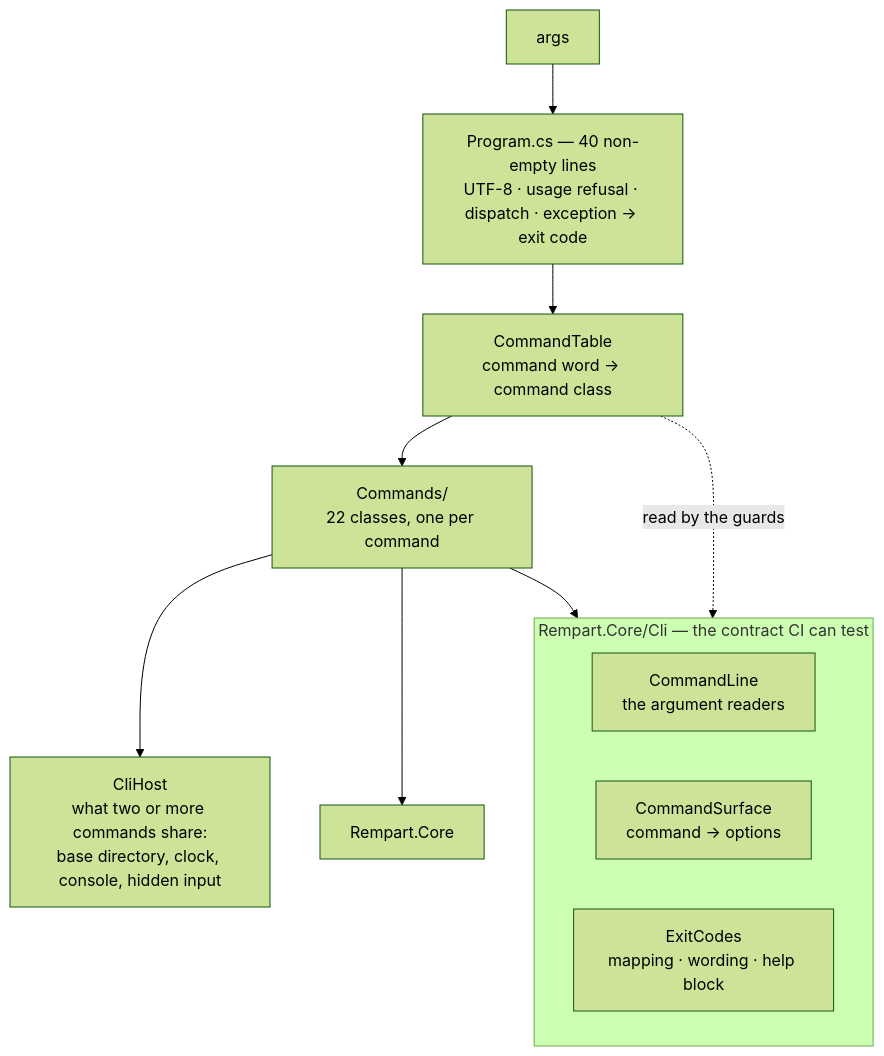
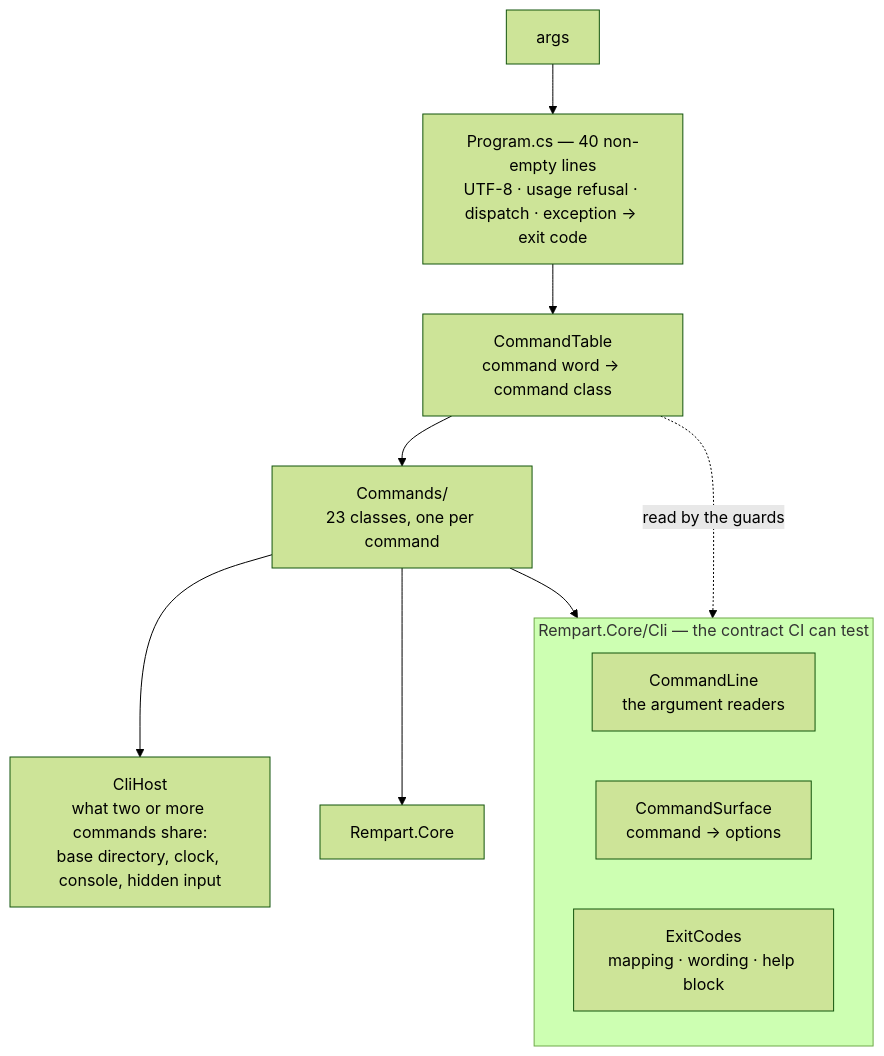
One commit to naoutix/rempart changed the fourth of 4 diagrams in docs/ARCHITECTURE.md. Above: the diagram before and after it, drawn with Mermaid (forest theme). The commit also changed other lines of this file and 9 other files, not shown here.

````diff
--- a/docs/ARCHITECTURE.md
+++ b/docs/ARCHITECTURE.md
@@ -236,17 +236,17 @@
 ```mermaid
 flowchart TB
     ARGS["args"] --> PROG["Program.cs — 40 non-empty lines<br/>UTF-8 · usage refusal · dispatch · exception → exit code"]
     PROG --> TABLE["CommandTable<br/>command word → command class"]
-    TABLE --> CMDS["Commands/<br/>22 classes, one per command"]
+    TABLE --> CMDS["Commands/<br/>23 classes, one per command"]
     CMDS --> HOST["CliHost<br/>what two or more commands share:<br/>base directory, clock, console, hidden input"]
     CMDS --> CORE["Rempart.Core"]
 
     subgraph CONTRACT["Rempart.Core/Cli — the contract CI can test"]
         CL["CommandLine<br/>the argument readers"]
         CS["CommandSurface<br/>command → options"]
         EC["ExitCodes<br/>mapping · wording · help block"]
     end
 
     CMDS --> CONTRACT
     TABLE -. read by the guards .-> CONTRACT
 ```
````
